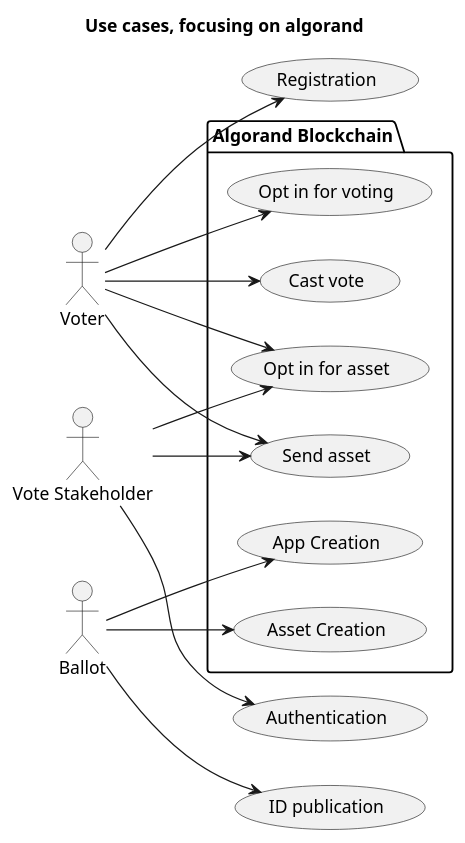
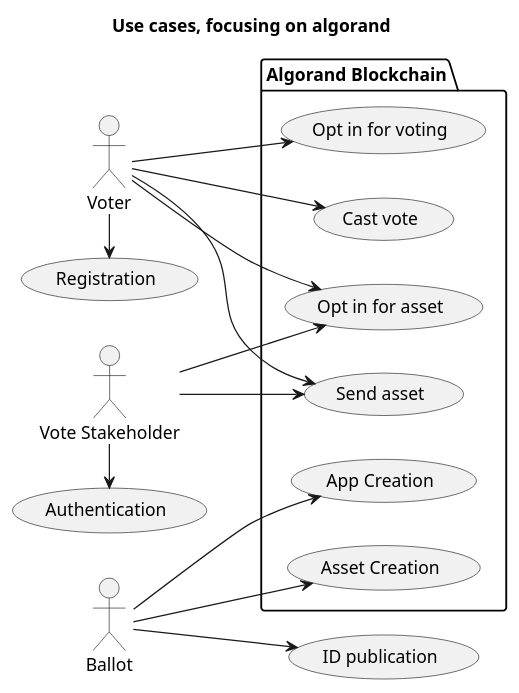
One commit to dariocast/evoting-algorand changed the diagram in docs/src/use_cases.puml. Above: the diagram before and after it, drawn with PlantUML.

Commit message:
docs: fix typo

```diff
--- a/docs/src/use_cases.puml
+++ b/docs/src/use_cases.puml
@@ -1,33 +1,33 @@
 @startuml Use Cases 
 title Use cases, focusing on algorand
 left to right direction
 actor Voter as V
 actor "Vote Stakeholder" as VS
 actor Ballot as B
 
 usecase "Registration" as UC1
 usecase "Authentication" as UC2
 usecase "ID publication" as UC9
 package "Algorand Blockchain" {
     usecase "Opt in for asset" as UC3
     usecase "Opt in for voting" as UC4
     usecase "Send asset" as UC5
     usecase "Cast vote" as UC6
     usecase "App Creation" as UC7
     usecase "Asset Creation" as UC8
 }
 B --> UC7
 B --> UC8
 B --> UC9
 
-V --> UC1
+V -> UC1
 V --> UC3
 V --> UC4
 V --> UC5
 V --> UC6
 
-VS --> UC2
+VS -> UC2
 VS --> UC3
 VS --> UC5
 
 @enduml 
```
